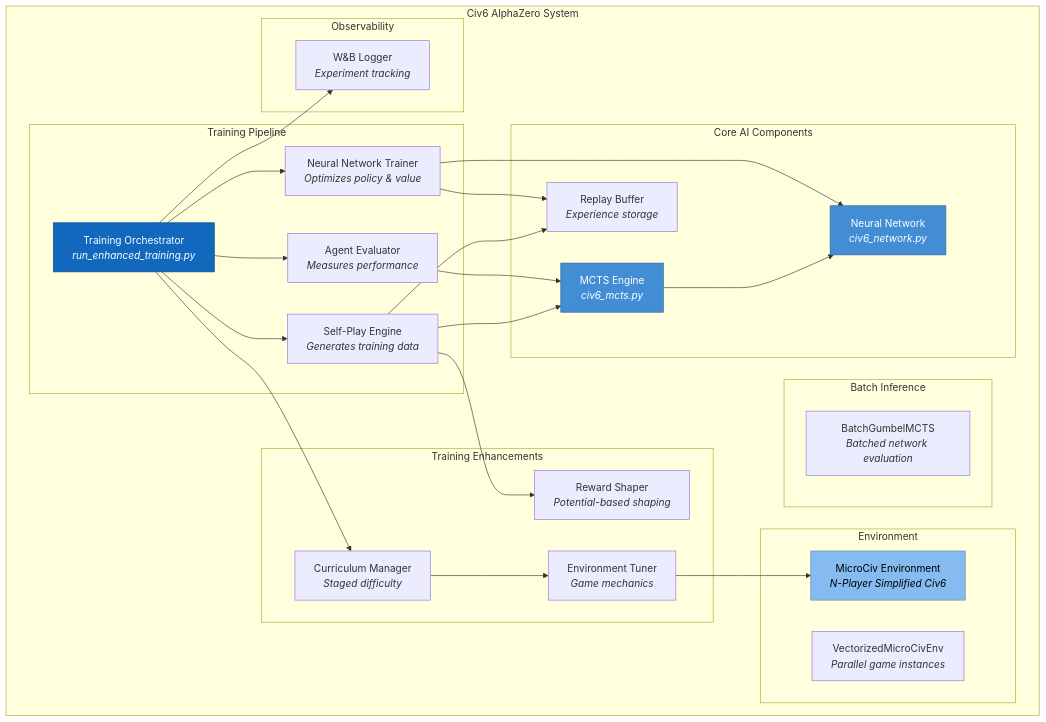
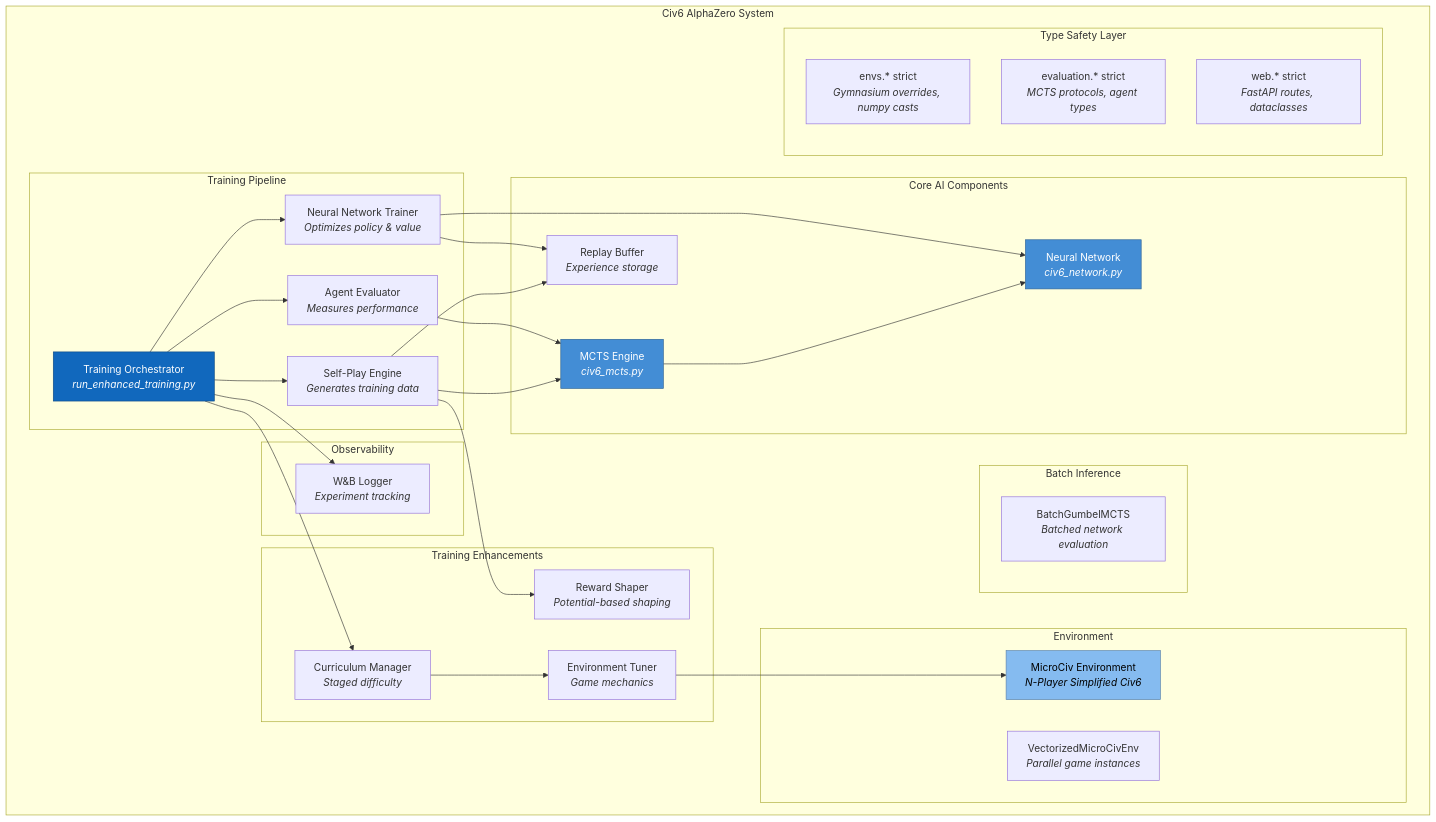
One commit to Mango-Metrics-NLM/Civ6-AlphaZero changed the second of 14 diagrams in README.md. Above: the diagram before and after it, drawn with Mermaid. The commit also changed other lines of this file and 9 other files, not shown here.

````diff
--- a/README.md
+++ b/README.md
@@ -127,59 +129,65 @@
 ```mermaid
 graph TB
     subgraph "Civ6 AlphaZero System"
         subgraph "Training Pipeline"
             Orchestrator["Training Orchestrator<br/><i>run_enhanced_training.py</i>"]
             SelfPlay["Self-Play Engine<br/><i>Generates training data</i>"]
             Trainer["Neural Network Trainer<br/><i>Optimizes policy & value</i>"]
             Evaluator["Agent Evaluator<br/><i>Measures performance</i>"]
         end
 
         subgraph "Core AI Components"
             MCTS["MCTS Engine<br/><i>civ6_mcts.py</i>"]
             Network["Neural Network<br/><i>civ6_network.py</i>"]
             Buffer["Replay Buffer<br/><i>Experience storage</i>"]
         end
 
         subgraph "Training Enhancements"
             Curriculum["Curriculum Manager<br/><i>Staged difficulty</i>"]
             Rewards["Reward Shaper<br/><i>Potential-based shaping</i>"]
             EnvTuner["Environment Tuner<br/><i>Game mechanics</i>"]
         end
 
         subgraph "Environment"
             MicroCiv["MicroCiv Environment<br/><i>N-Player Simplified Civ6</i>"]
             VecEnv["VectorizedMicroCivEnv<br/><i>Parallel game instances</i>"]
         end
 
         subgraph "Batch Inference"
             BatchMCTS["BatchGumbelMCTS<br/><i>Batched network evaluation</i>"]
         end
 
         subgraph "Observability"
             WandbLogger["W&B Logger<br/><i>Experiment tracking</i>"]
         end
+
+        subgraph "Type Safety Layer"
+            MypyEnvs["envs.* strict<br/><i>Gymnasium overrides, numpy casts</i>"]
+            MypyEval["evaluation.* strict<br/><i>MCTS protocols, agent types</i>"]
+            MypyWeb["web.* strict<br/><i>FastAPI routes, dataclasses</i>"]
+        end
     end
 
     Orchestrator --> SelfPlay
     Orchestrator --> Trainer
     Orchestrator --> Evaluator
     Orchestrator --> Curriculum
     Orchestrator --> WandbLogger
 
     SelfPlay --> MCTS
     SelfPlay --> Buffer
     SelfPlay --> Rewards
 
     MCTS --> Network
     Trainer --> Network
     Trainer --> Buffer
 
     Evaluator --> MCTS
     Curriculum --> EnvTuner
     EnvTuner --> MicroCiv
 
     style Orchestrator fill:#1168bd,stroke:#0b4884,color:#ffffff
     style Network fill:#438dd5,stroke:#2e6295,color:#ffffff
     style MCTS fill:#438dd5,stroke:#2e6295,color:#ffffff
     style MicroCiv fill:#85bbf0,stroke:#5d82a8,color:#000000
 ```
````
